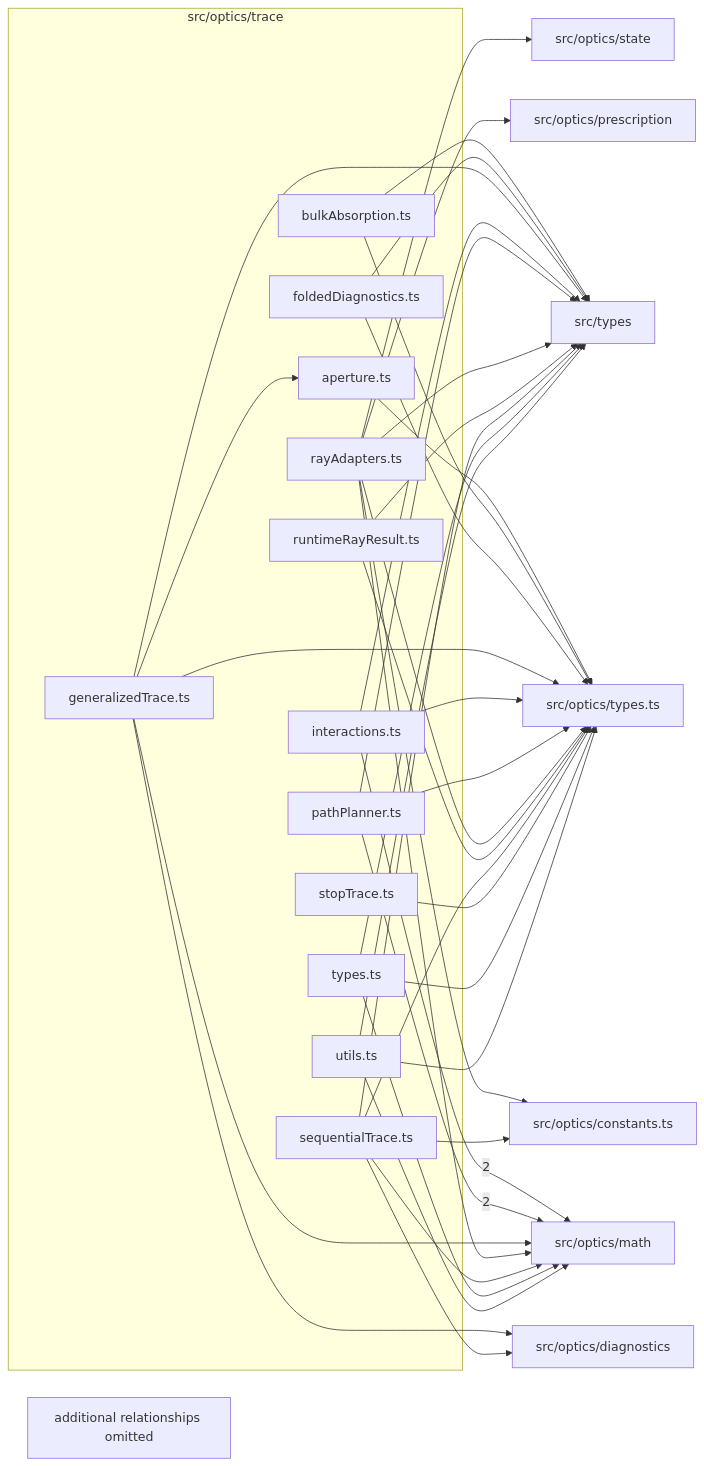
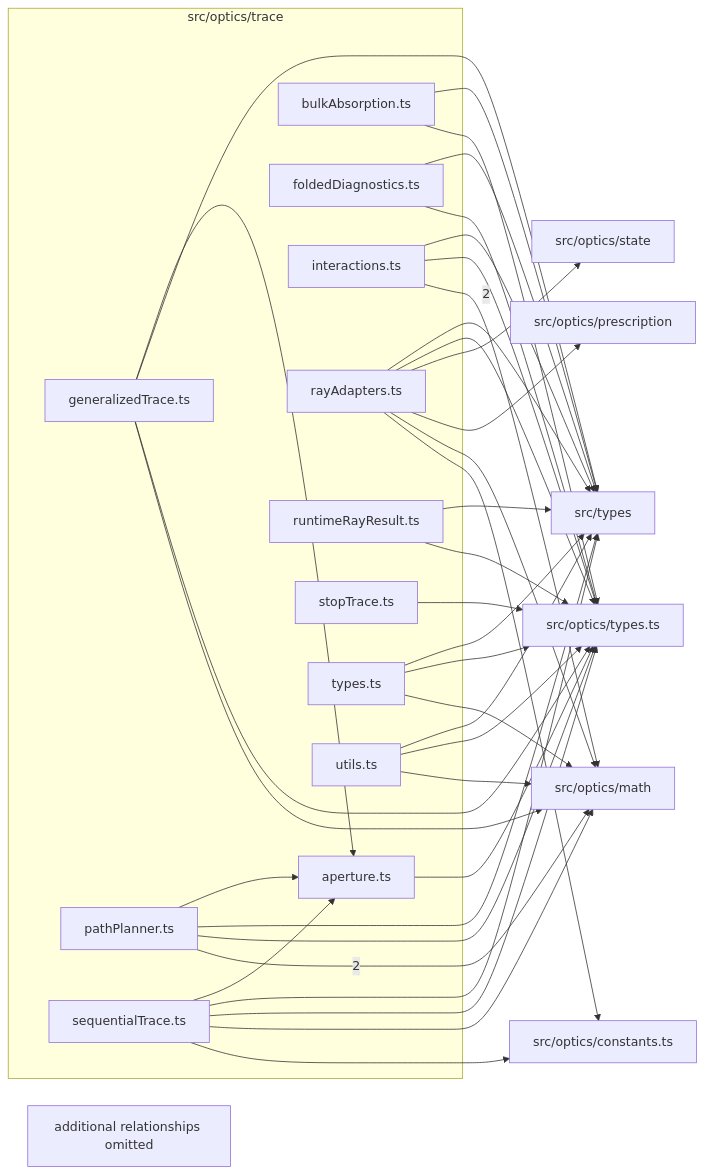
Before and after one commit to BeamFour/LensVisualizer: the diagram in src/optics/trace/readme.md, drawn with Mermaid. The commit also changed other lines of this file and 53 other files, not shown here.

````diff
--- a/src/optics/trace/readme.md
+++ b/src/optics/trace/readme.md
@@ -9,61 +9,60 @@
 ```mermaid
 flowchart LR
   subgraph n_src_optics_trace["src/optics/trace"]
     n_src_optics_trace_src_optics_trace_aperture_ts["aperture.ts"]
     n_src_optics_trace_src_optics_trace_bulkAbsorption_ts["bulkAbsorption.ts"]
     n_src_optics_trace_src_optics_trace_foldedDiagnostics_ts["foldedDiagnostics.ts"]
     n_src_optics_trace_src_optics_trace_generalizedTrace_ts["generalizedTrace.ts"]
     n_src_optics_trace_src_optics_trace_interactions_ts["interactions.ts"]
     n_src_optics_trace_src_optics_trace_pathPlanner_ts["pathPlanner.ts"]
     n_src_optics_trace_src_optics_trace_rayAdapters_ts["rayAdapters.ts"]
     n_src_optics_trace_src_optics_trace_runtimeRayResult_ts["runtimeRayResult.ts"]
     n_src_optics_trace_src_optics_trace_sequentialTrace_ts["sequentialTrace.ts"]
     n_src_optics_trace_src_optics_trace_stopTrace_ts["stopTrace.ts"]
     n_src_optics_trace_src_optics_trace_types_ts["types.ts"]
     n_src_optics_trace_src_optics_trace_utils_ts["utils.ts"]
   end
   n_external_src_optics_math["src/optics/math"]
   n_external_src_optics_constants_ts["src/optics/constants.ts"]
-  n_external_src_optics_diagnostics["src/optics/diagnostics"]
   n_external_src_optics_prescription["src/optics/prescription"]
   n_external_src_optics_state["src/optics/state"]
   n_external_src_optics_types_ts["src/optics/types.ts"]
   n_external_src_types["src/types"]
   n_src_optics_trace_src_optics_trace_interactions_ts --> |2| n_external_src_optics_math
   n_src_optics_trace_src_optics_trace_pathPlanner_ts --> |2| n_external_src_optics_math
   n_src_optics_trace_src_optics_trace_rayAdapters_ts --> n_external_src_optics_constants_ts
   n_src_optics_trace_src_optics_trace_sequentialTrace_ts --> n_external_src_optics_constants_ts
-  n_src_optics_trace_src_optics_trace_generalizedTrace_ts --> n_external_src_optics_diagnostics
-  n_src_optics_trace_src_optics_trace_sequentialTrace_ts --> n_external_src_optics_diagnostics
   n_src_optics_trace_src_optics_trace_generalizedTrace_ts --> n_external_src_optics_math
   n_src_optics_trace_src_optics_trace_rayAdapters_ts --> n_external_src_optics_math
   n_src_optics_trace_src_optics_trace_sequentialTrace_ts --> n_external_src_optics_math
   n_src_optics_trace_src_optics_trace_types_ts --> n_external_src_optics_math
   n_src_optics_trace_src_optics_trace_utils_ts --> n_external_src_optics_math
   n_src_optics_trace_src_optics_trace_rayAdapters_ts --> n_external_src_optics_prescription
   n_src_optics_trace_src_optics_trace_rayAdapters_ts --> n_external_src_optics_state
   n_src_optics_trace_src_optics_trace_aperture_ts --> n_external_src_optics_types_ts
   n_src_optics_trace_src_optics_trace_bulkAbsorption_ts --> n_external_src_optics_types_ts
   n_src_optics_trace_src_optics_trace_foldedDiagnostics_ts --> n_external_src_optics_types_ts
   n_src_optics_trace_src_optics_trace_generalizedTrace_ts --> n_external_src_optics_types_ts
   n_src_optics_trace_src_optics_trace_interactions_ts --> n_external_src_optics_types_ts
   n_src_optics_trace_src_optics_trace_pathPlanner_ts --> n_external_src_optics_types_ts
   n_src_optics_trace_src_optics_trace_rayAdapters_ts --> n_external_src_optics_types_ts
   n_src_optics_trace_src_optics_trace_runtimeRayResult_ts --> n_external_src_optics_types_ts
   n_src_optics_trace_src_optics_trace_sequentialTrace_ts --> n_external_src_optics_types_ts
   n_src_optics_trace_src_optics_trace_stopTrace_ts --> n_external_src_optics_types_ts
   n_src_optics_trace_src_optics_trace_types_ts --> n_external_src_optics_types_ts
   n_src_optics_trace_src_optics_trace_utils_ts --> n_external_src_optics_types_ts
   n_src_optics_trace_src_optics_trace_bulkAbsorption_ts --> n_external_src_types
   n_src_optics_trace_src_optics_trace_foldedDiagnostics_ts --> n_external_src_types
   n_src_optics_trace_src_optics_trace_generalizedTrace_ts --> n_external_src_types
   n_src_optics_trace_src_optics_trace_interactions_ts --> n_external_src_types
   n_src_optics_trace_src_optics_trace_pathPlanner_ts --> n_external_src_types
   n_src_optics_trace_src_optics_trace_rayAdapters_ts --> n_external_src_types
   n_src_optics_trace_src_optics_trace_runtimeRayResult_ts --> n_external_src_types
   n_src_optics_trace_src_optics_trace_sequentialTrace_ts --> n_external_src_types
   n_src_optics_trace_src_optics_trace_types_ts --> n_external_src_types
   n_src_optics_trace_src_optics_trace_utils_ts --> n_external_src_types
   n_src_optics_trace_src_optics_trace_generalizedTrace_ts --> n_src_optics_trace_src_optics_trace_aperture_ts
+  n_src_optics_trace_src_optics_trace_pathPlanner_ts --> n_src_optics_trace_src_optics_trace_aperture_ts
+  n_src_optics_trace_src_optics_trace_sequentialTrace_ts --> n_src_optics_trace_src_optics_trace_aperture_ts
   n_src_optics_trace_truncated["additional relationships omitted"]
 ```
````
